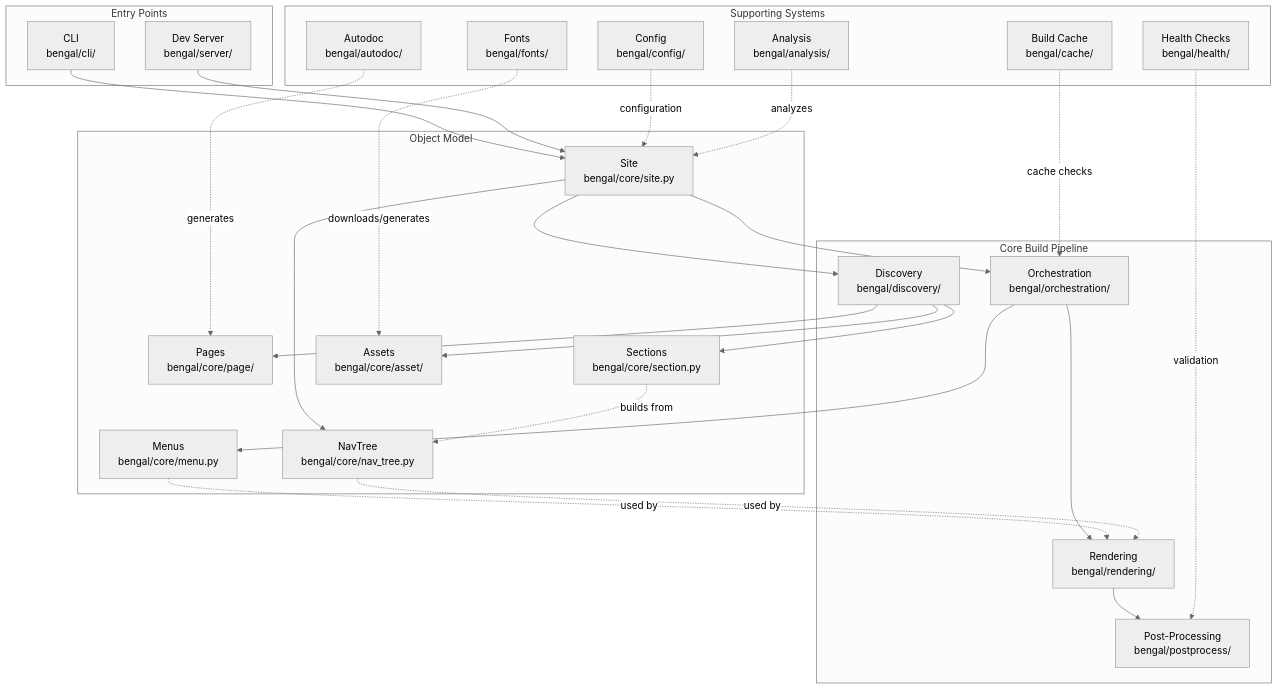
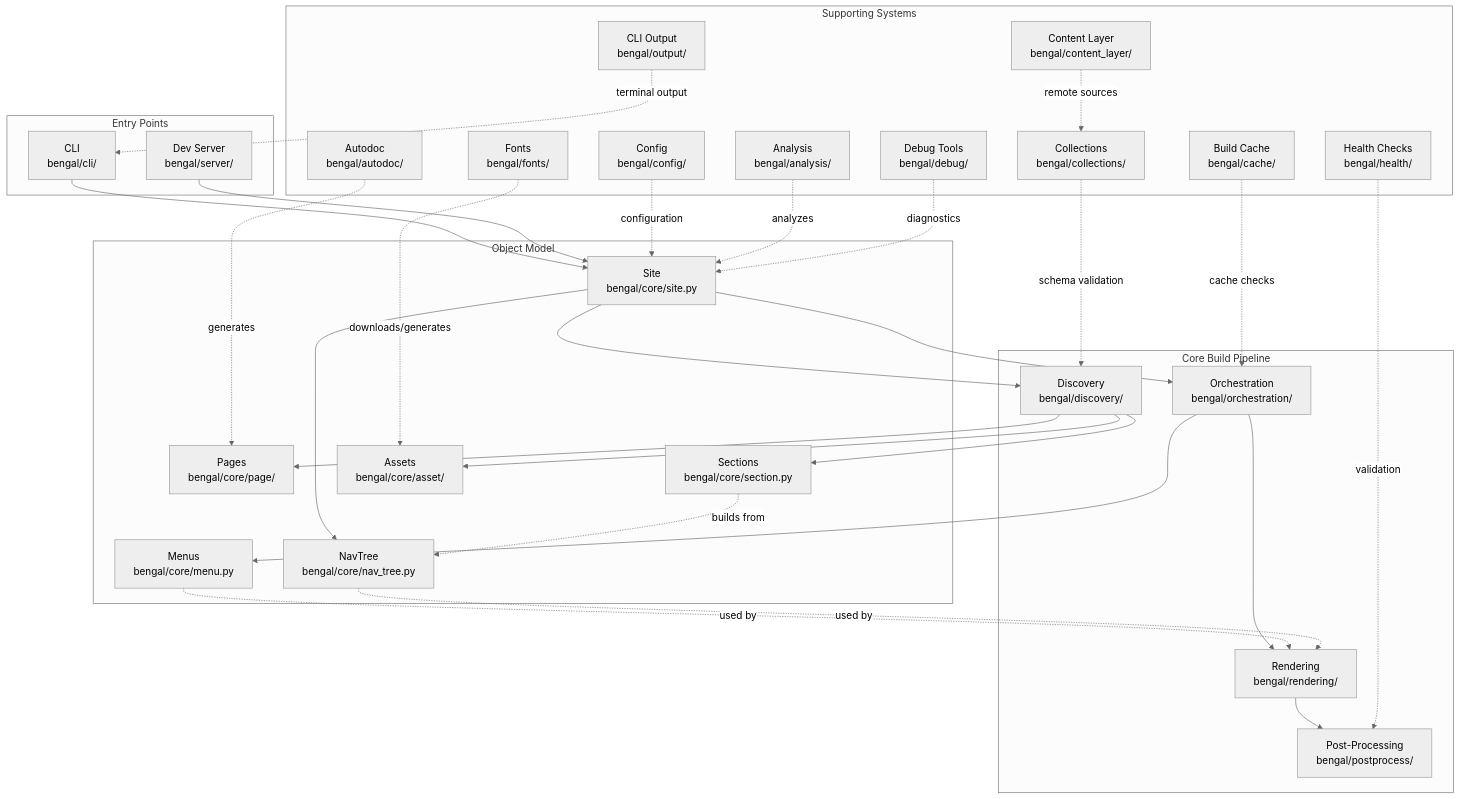
The diagram in site/content/docs/reference/architecture/_index.md (lbliii/bengal), drawn with Mermaid (neutral theme) before and after one commit. The commit also changed other lines of this file and 8 other files, not shown here.

First line of the commit message:
docs(plan): replace URL collision RFC with comprehensive URL ownership architecture RFC

````diff
--- a/site/content/docs/reference/architecture/_index.md
+++ b/site/content/docs/reference/architecture/_index.md
@@ -36,53 +36,61 @@
 ```mermaid
 graph TB
     subgraph "Entry Points"
         CLI[CLI<br/>bengal/cli/]
         Server[Dev Server<br/>bengal/server/]
     end
 
     subgraph "Core Build Pipeline"
         Discovery[Discovery<br/>bengal/discovery/]
         Orchestration[Orchestration<br/>bengal/orchestration/]
         Rendering[Rendering<br/>bengal/rendering/]
         PostProcess[Post-Processing<br/>bengal/postprocess/]
     end
 
     subgraph "Object Model"
         Site[Site<br/>bengal/core/site.py]
         Pages[Pages<br/>bengal/core/page/]
         Sections[Sections<br/>bengal/core/section.py]
         Assets[Assets<br/>bengal/core/asset/]
         Menus[Menus<br/>bengal/core/menu.py]
         NavTree[NavTree<br/>bengal/core/nav_tree.py]
     end
 
     subgraph "Supporting Systems"
         Cache[Build Cache<br/>bengal/cache/]
         Health[Health Checks<br/>bengal/health/]
         Autodoc[Autodoc<br/>bengal/autodoc/]
         Config[Config<br/>bengal/config/]
         Analysis[Analysis<br/>bengal/analysis/]
         Fonts[Fonts<br/>bengal/fonts/]
+        Collections[Collections<br/>bengal/collections/]
+        ContentLayer[Content Layer<br/>bengal/content_layer/]
+        Output[CLI Output<br/>bengal/output/]
+        Debug[Debug Tools<br/>bengal/debug/]
     end
 
     CLI --> Site
     Server --> Site
     Site --> Discovery
     Discovery --> Pages
     Discovery --> Sections
     Discovery --> Assets
     Site --> Orchestration
     Orchestration --> Menus
     Orchestration --> Rendering
     Site --> NavTree
     Sections -.->|"builds from"| NavTree
     Menus -.->|"used by"| Rendering
     NavTree -.->|"used by"| Rendering
     Rendering --> PostProcess
     Cache -.->|"cache checks"| Orchestration
     Health -.->|"validation"| PostProcess
     Autodoc -.->|"generates"| Pages
     Config -.->|"configuration"| Site
     Analysis -.->|"analyzes"| Site
     Fonts -.->|"downloads/generates"| Assets
+    Collections -.->|"schema validation"| Discovery
+    ContentLayer -.->|"remote sources"| Collections
+    Output -.->|"terminal output"| CLI
+    Debug -.->|"diagnostics"| Site
 ```
````
